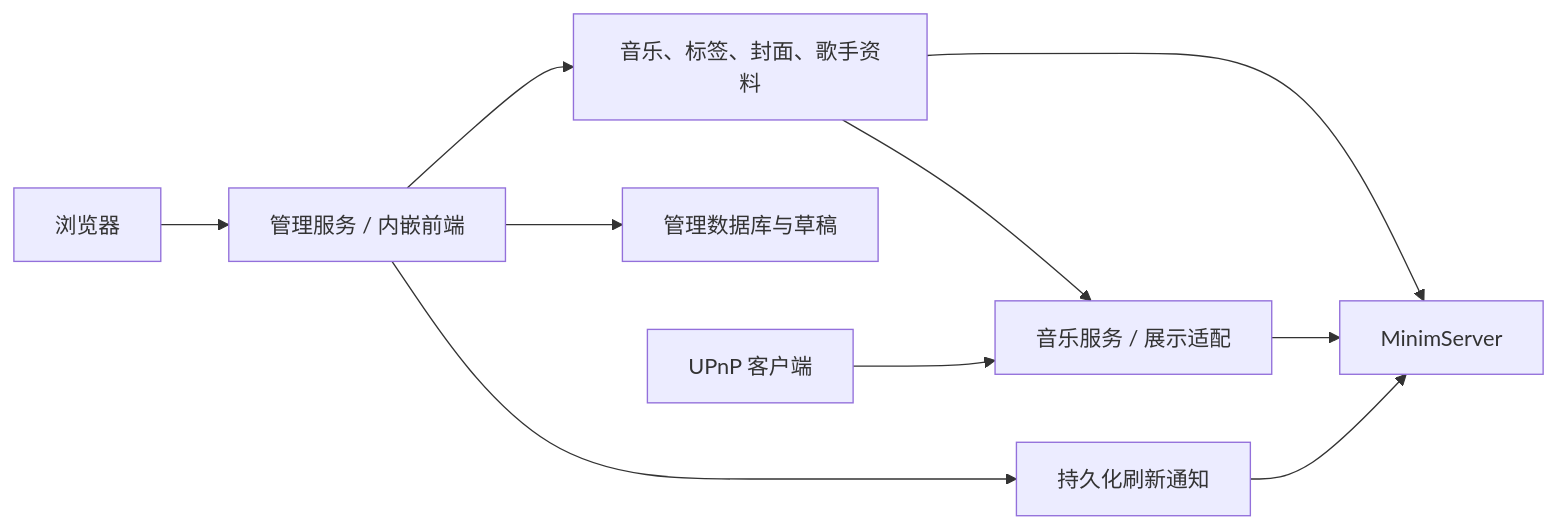
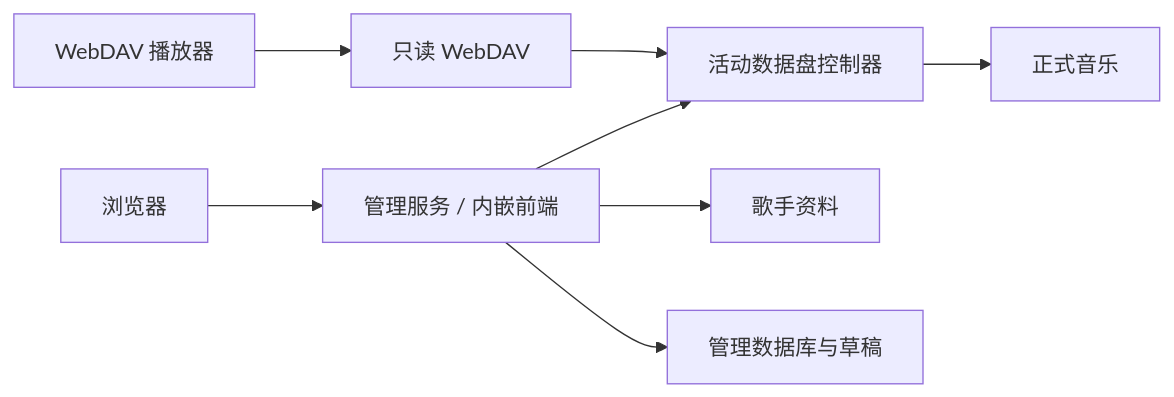
One commit to ChrisDong-THU/hifi-music-manager changed the diagram in ARCHITECTURE.md. Above: the diagram before and after it, drawn with Mermaid. The commit also changed other lines of this file and 103 other files, not shown here.

Commit message:
Replace UPnP playback with read-only WebDAV

````diff
--- a/ARCHITECTURE.md
+++ b/ARCHITECTURE.md
@@ -5,12 +5,10 @@
 ```mermaid
 flowchart LR
     Browser[浏览器] --> Manager[管理服务 / 内嵌前端]
-    Manager --> Resources[音乐、标签、封面、歌手资料]
+    Player[WebDAV 播放器] --> DAV[只读 WebDAV]
+    Manager --> Disk[活动数据盘控制器]
+    DAV --> Disk
+    Disk --> Resources[正式音乐]
+    Manager --> Profiles[歌手资料]
     Manager --> DB[管理数据库与草稿]
-    Manager --> Sync[持久化刷新通知]
-    Sync --> Minim[MinimServer]
-    Resources --> Minim
-    Player[UPnP 客户端] --> Music[音乐服务 / 展示适配]
-    Music --> Minim
-    Resources --> Music
 ```
````
